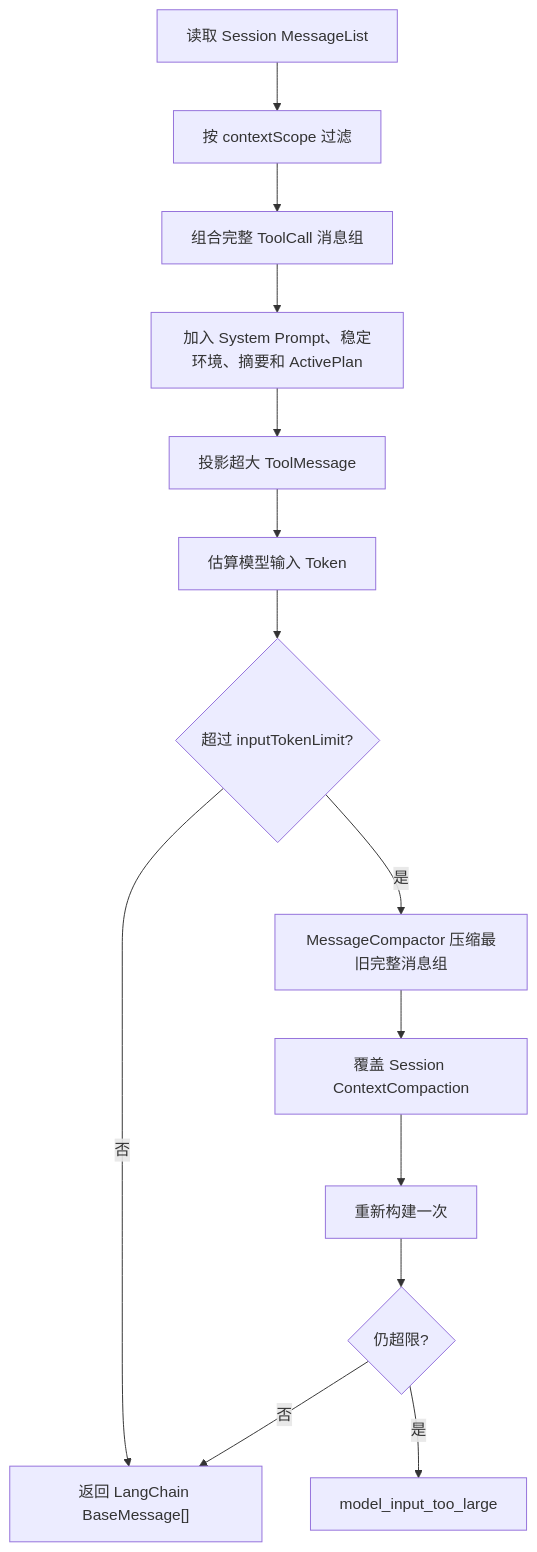
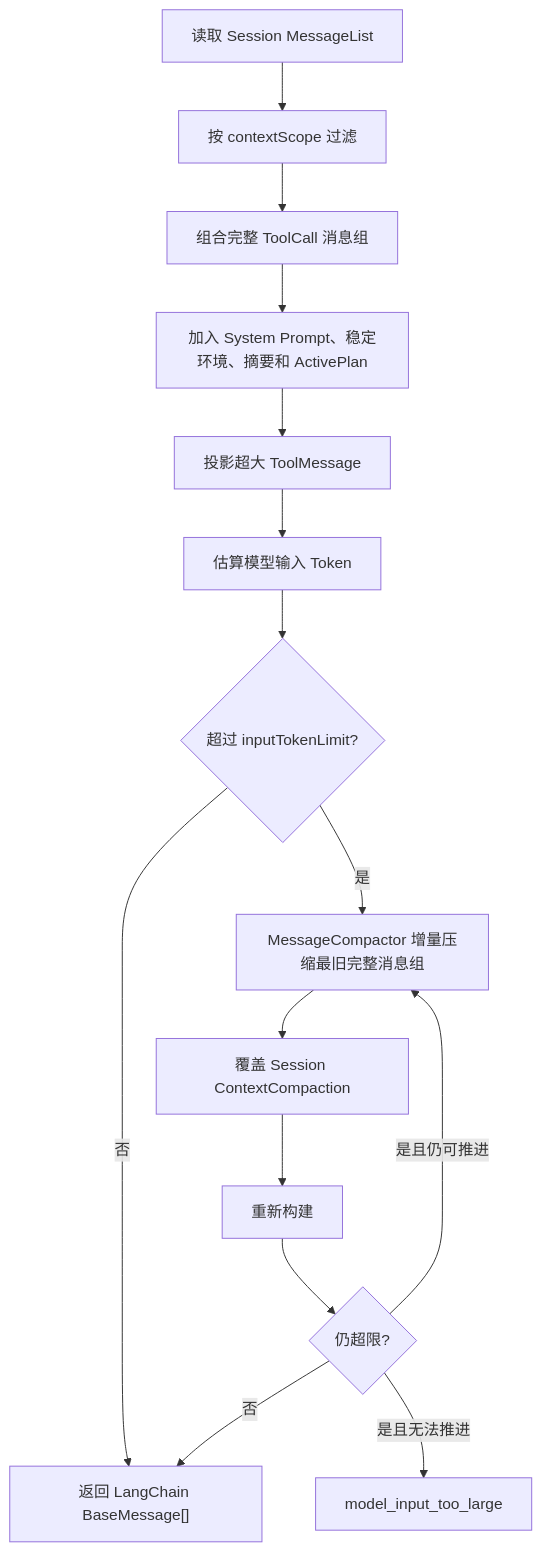
One commit to lucyonegit/agent-runtime-v2 changed the diagram in docs/03-context-plan-view-and-events.md. Above: the diagram before and after it, drawn with Mermaid. The commit also changed other lines of this file and 37 other files, not shown here.

````diff
--- a/docs/03-context-plan-view-and-events.md
+++ b/docs/03-context-plan-view-and-events.md
@@ -7,16 +7,17 @@
 ```mermaid
 flowchart TD
     A["读取 Session MessageList"] --> B["按 contextScope 过滤"]
     B --> C["组合完整 ToolCall 消息组"]
     C --> D["加入 System Prompt、稳定环境、摘要和 ActivePlan"]
     D --> E["投影超大 ToolMessage"]
     E --> F["估算模型输入 Token"]
     F --> G{"超过 inputTokenLimit?"}
     G -->|否| H["返回 LangChain BaseMessage[]"]
-    G -->|是| I["MessageCompactor 压缩最旧完整消息组"]
+    G -->|是| I["MessageCompactor 增量压缩最旧完整消息组"]
     I --> J["覆盖 Session ContextCompaction"]
-    J --> K["重新构建一次"]
+    J --> K["重新构建"]
     K --> L{"仍超限?"}
     L -->|否| H
-    L -->|是| M["model_input_too_large"]
+    L -->|是且仍可推进| I
+    L -->|是且无法推进| M["model_input_too_large"]
 ```
````
